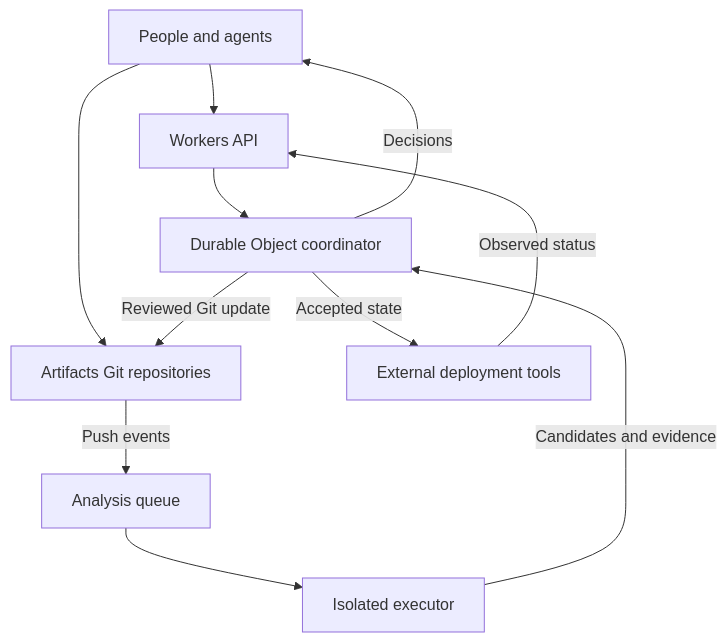
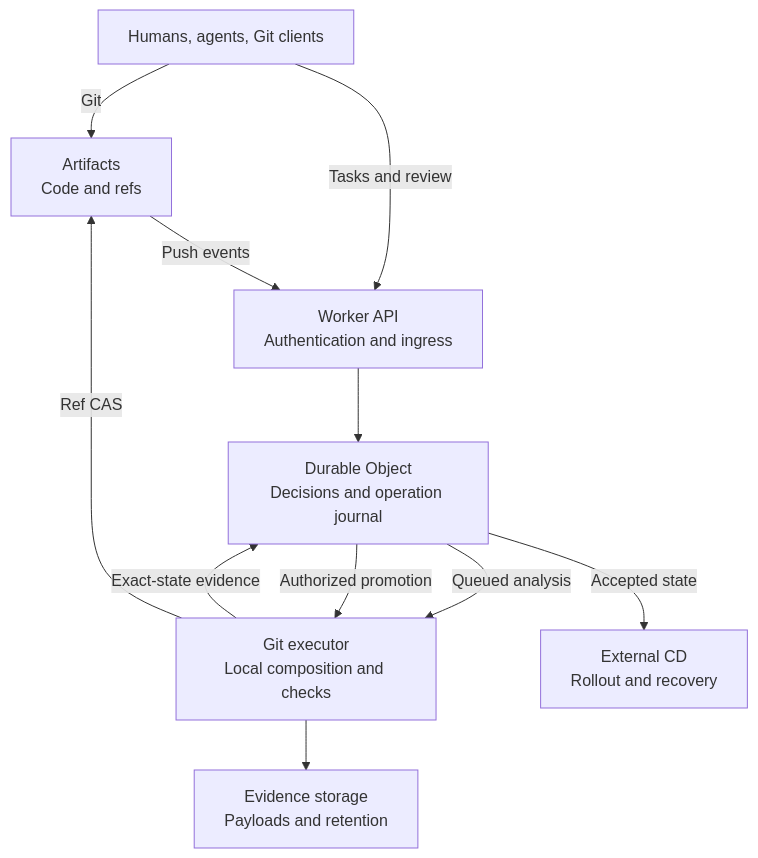
Before and after one commit to vik418/KLoCGit: the first of 2 diagrams in README.md, drawn with Mermaid. The commit also changed other lines of this file and 2 other files, not shown here.

Commit message:
Clarify architecture and collapse promotion details

````diff
--- a/README.md
+++ b/README.md
@@ -14,13 +14,20 @@
 ```mermaid
-flowchart TD
-    Users[People and agents] --> API[Workers API]
-    Users --> Git[Artifacts Git repositories]
-    Git -->|Push events| Queue[Analysis queue]
-    Queue --> Executor[Isolated executor]
-    API --> Coordinator[Durable Object coordinator]
-    Executor -->|Candidates and evidence| Coordinator
-    Coordinator -->|Decisions| Users
-    Coordinator -->|Reviewed Git update| Git
-    Coordinator -->|Accepted state| CD[External deployment tools]
-    CD -->|Observed status| API
+flowchart TB
+    Client["Humans, agents, Git clients"]
+    Git["Artifacts<br/>Code and refs"]
+    API["Worker API<br/>Authentication and ingress"]
+    State["Durable Object<br/>Decisions and operation journal"]
+    Executor["Git executor<br/>Local composition and checks"]
+    Evidence["Evidence storage<br/>Payloads and retention"]
+    CD["External CD<br/>Rollout and recovery"]
+    Client -->|Git| Git
+    Client -->|Tasks and review| API
+    Git -->|Push events| API
+    API --> State
+    State -->|Queued analysis| Executor
+    Executor -->|Exact-state evidence| State
+    State -->|Authorized promotion| Executor
+    Executor -->|Ref CAS| Git
+    Executor --> Evidence
+    State -->|Accepted state| CD
 ```
````
